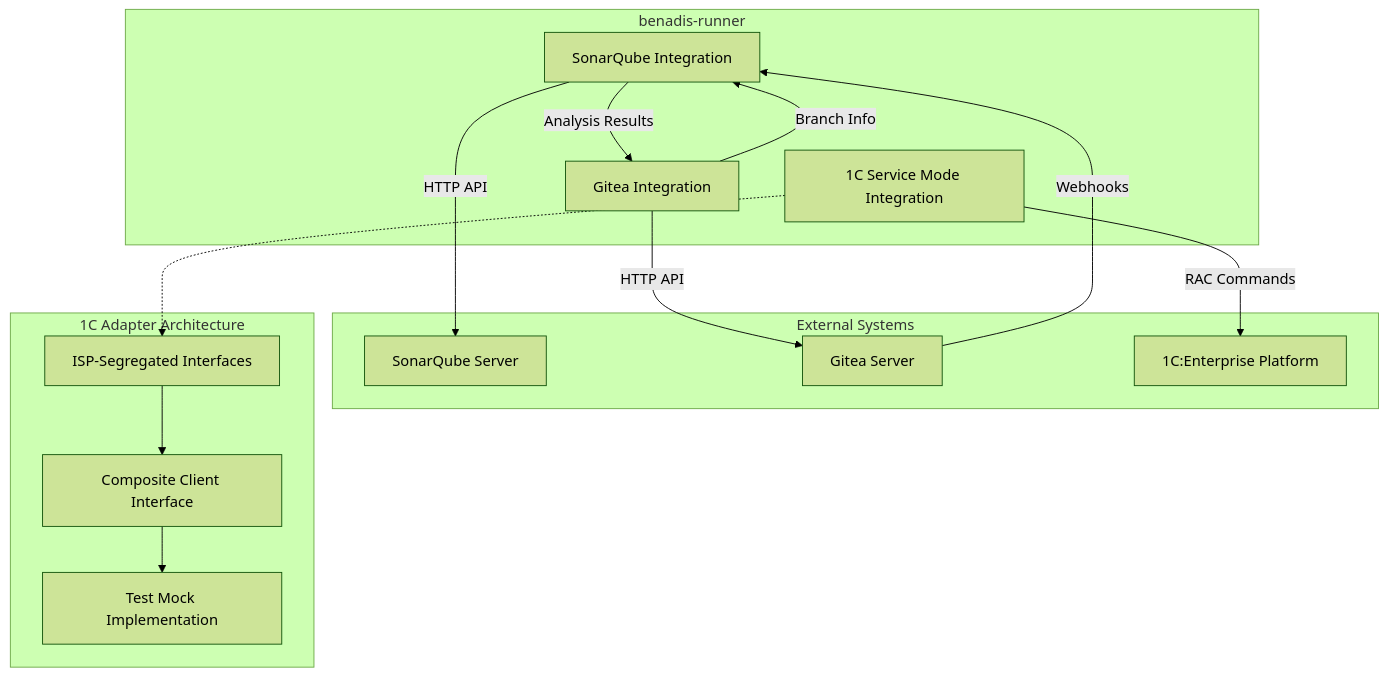
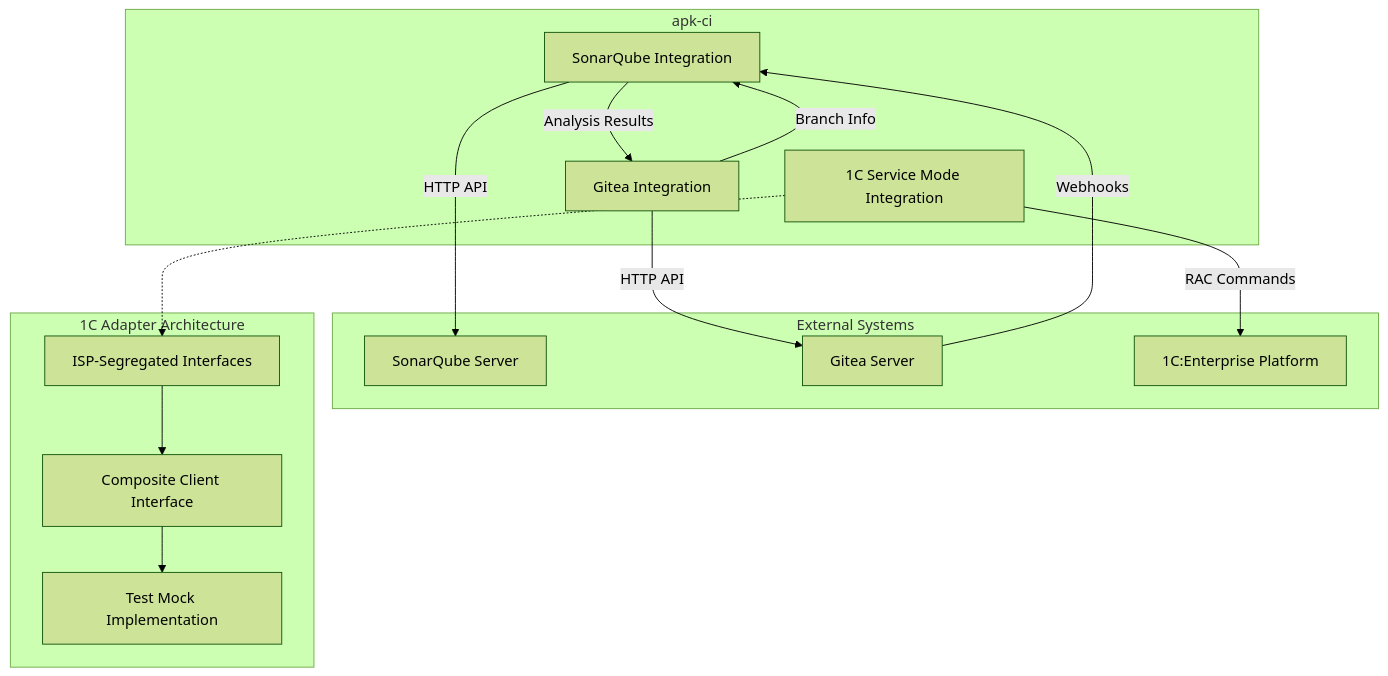
One commit to Kargones/apk-ci changed the first of 2 diagrams in .qoder/repowiki/en/content/Advanced Integrations/Advanced Integrations.md. Above: the diagram before and after it, drawn with Mermaid (forest theme). The commit also changed other lines of this file and 189 other files, not shown here.

Commit message:
Замена benadis-runner на apk-ci.

````diff
--- a/.qoder/repowiki/en/content/Advanced Integrations/Advanced Integrations.md
+++ b/.qoder/repowiki/en/content/Advanced Integrations/Advanced Integrations.md
@@ -144,27 +144,27 @@
 ```mermaid
 graph TD
-subgraph "benadis-runner"
+subgraph "apk-ci"
 SQ[SonarQube Integration]
 GT[Gitea Integration]
 SM[1C Service Mode Integration]
 end
 subgraph "External Systems"
 SQS[SonarQube Server]
 GIT[Gitea Server]
 ONE[1C:Enterprise Platform]
 end
 SQ --> |HTTP API| SQS
 GT --> |HTTP API| GIT
 SM --> |RAC Commands| ONE
 GIT --> |Webhooks| SQ
 SQ --> |Analysis Results| GT
 GT --> |Branch Info| SQ
 subgraph "1C Adapter Architecture"
 INTF[ISP-Segregated Interfaces]
 CL[Composite Client Interface]
 MCK[Test Mock Implementation]
 end
 SM -.-> INTF
 INTF --> CL
 CL --> MCK
 ```
````
